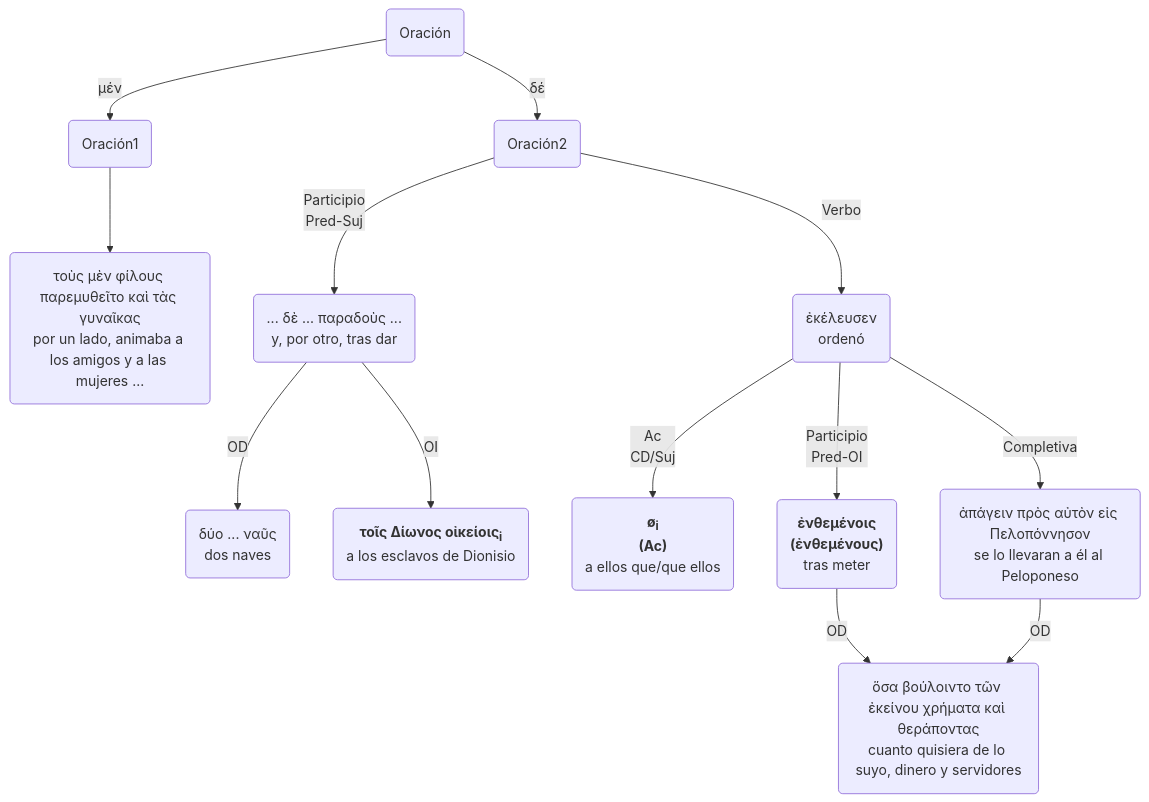
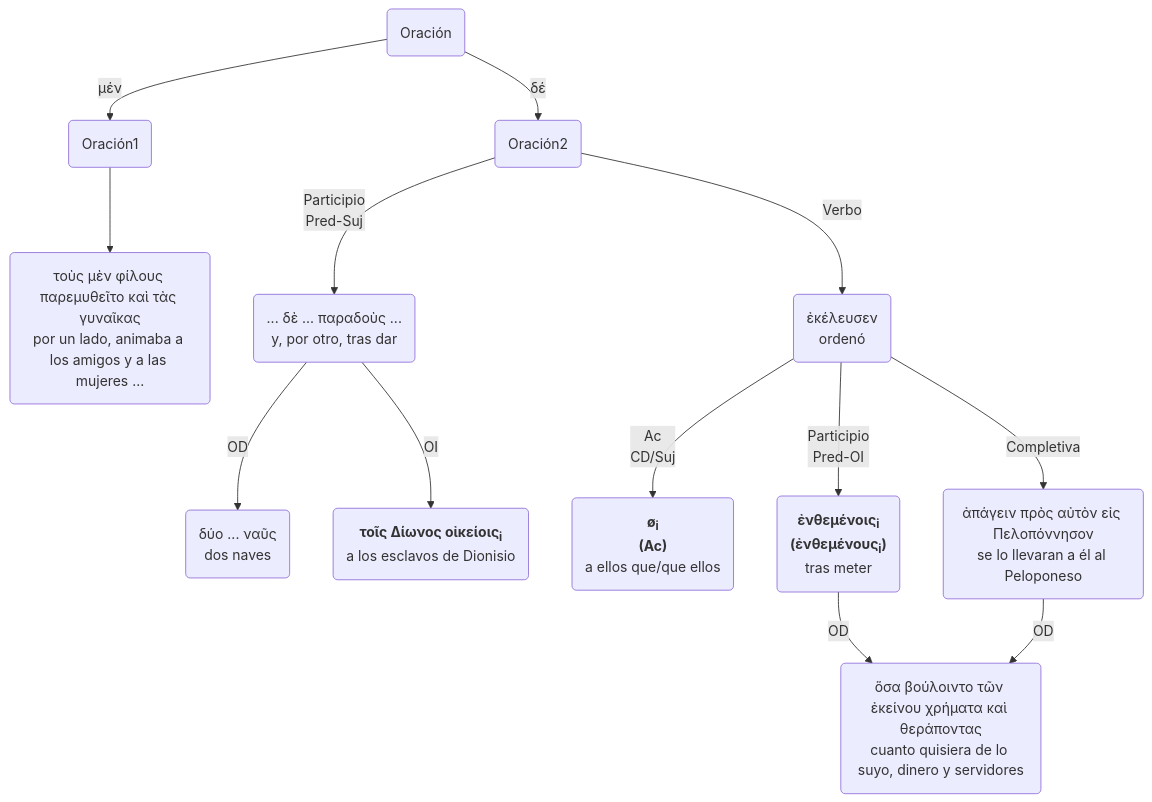
One commit to pajaro1966/Asignaturas changed diagram 15 of 16 in docs/Plutarch_Dion/Dion.md. Above: the diagram before and after it, drawn with Mermaid. The commit also changed other lines of this file and 73 other files, not shown here.

````diff
--- a/docs/Plutarch_Dion/Dion.md
+++ b/docs/Plutarch_Dion/Dion.md
@@ -804,15 +804,15 @@
     ```mermaid
     graph TB
     A("Oración")
     A-->|"μέν"|B("Oración1")-->B1("τοὺς μὲν φίλους παρεμυθεῖτο καὶ τὰς γυναῖκας<br>por un lado, animaba a los amigos y a las mujeres ...")
     A-->|"δέ"|C("Oración2")
     C-->|"Participio<br>Pred-Suj"|D("... δὲ ... παραδοὺς ...<br>y, por otro, tras dar")
     D-->|"OD"|D1("δύο ... ναῦς<br>dos naves")
     D-->|"OI"|D2("<b>τοῖς Δίωνος οἰκείοις<sub>i</sub></b><br>a los esclavos de Dionisio")
     C-->|"Verbo"|E("ἐκέλευσεν<br>ordenó")
     E-->|"Ac<br>CD/Suj"|E1("<b>ø<sub>i</sub><br>(Ac)</b><br>a ellos que/que ellos")
-    E-->|"Participio<br>Pred-OI"|E2("<b>ἐνθεμένοις<br>(ἐνθεμένους)</b><br>tras meter")
+    E-->|"Participio<br>Pred-OI"|E2("<b>ἐνθεμένοις<sub>i</sub><br>(ἐνθεμένους<sub>i</sub>)</b><br>tras meter")
     E2-->|"OD"|E11("ὅσα βούλοιντο τῶν ἐκείνου χρήματα καὶ θεράποντας<br>cuanto quisiera de lo suyo, dinero y servidores")
     E-->|"Completiva"|E3("ἀπάγειν πρὸς αὐτὸν εἰς Πελοπόννησον<br>se lo llevaran a él al Peloponeso")
     E3-->|"OD"|E11
     ```
````
